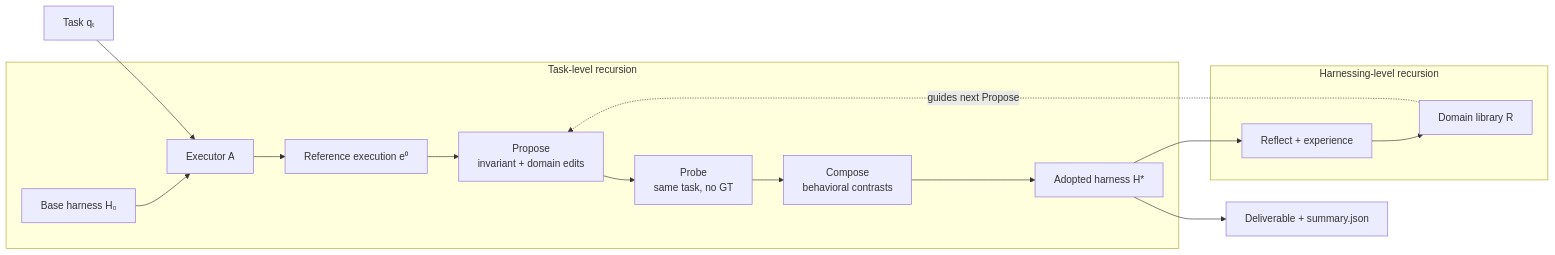
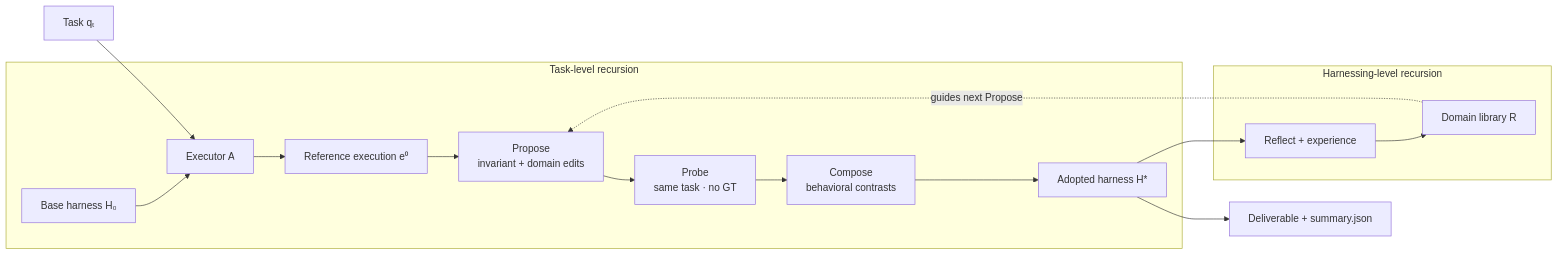
One commit to linuslin-cto/Sculpt changed the first of 3 diagrams in README.md. Above: the diagram before and after it, drawn with Mermaid. The commit also changed other lines of this file and 7 other files, not shown here.

````diff
--- a/README.md
+++ b/README.md
@@ -75,20 +83,20 @@
 ```mermaid
 flowchart LR
   subgraph Task["Task-level recursion"]
     H0["Base harness H₀"] --> EXE["Executor A"]
     EXE --> E0["Reference execution e⁰"]
     E0 --> PROP["Propose<br/>invariant + domain edits"]
-    PROP --> PROBE["Probe<br/>same task, no GT"]
+    PROP --> PROBE["Probe<br/>same task · no GT"]
     PROBE --> COMP["Compose<br/>behavioral contrasts"]
     COMP --> Hstar["Adopted harness H*"]
   end
 
   subgraph Level["Harnessing-level recursion"]
     Hstar --> REFL["Reflect + experience"]
     REFL --> LIB["Domain library R"]
     LIB -.->|"guides next Propose"| PROP
   end
 
   Q["Task qₜ"] --> EXE
   Hstar --> OUT["Deliverable + summary.json"]
 ```
````
